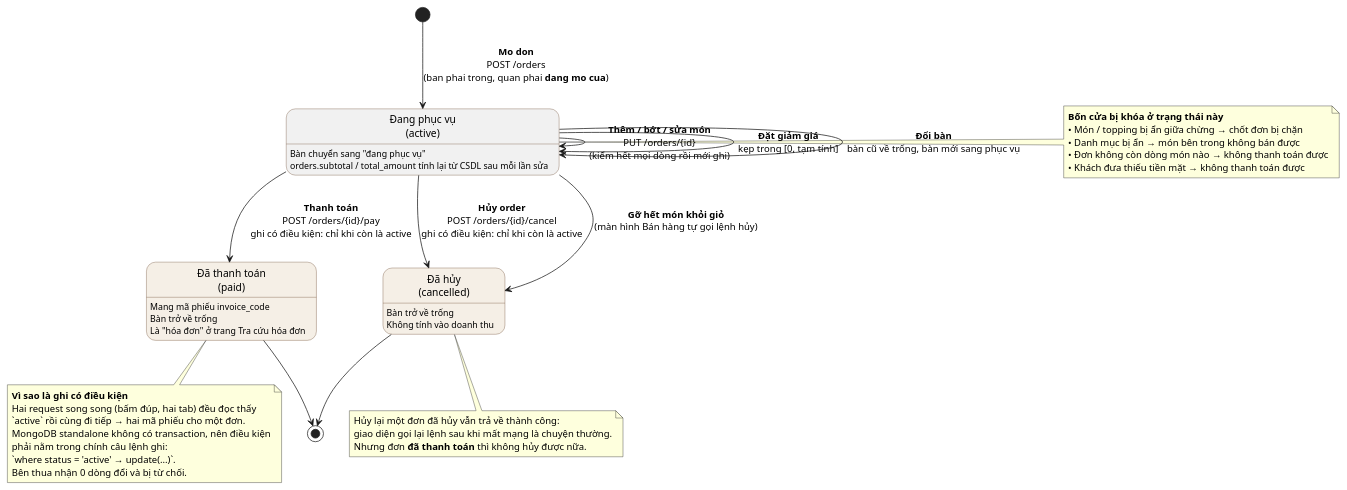
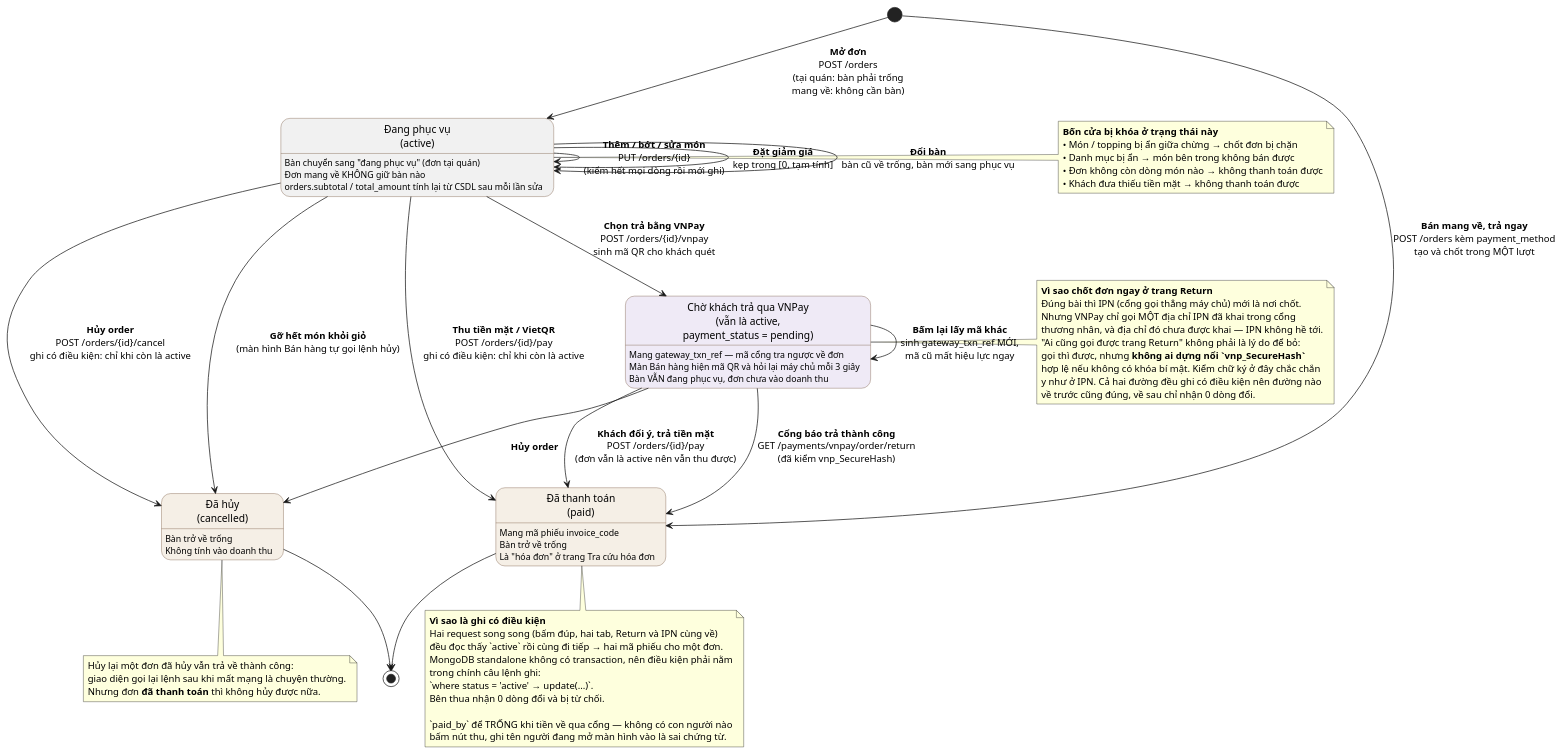
One commit to minhnhut-2501/funcaffe changed the diagram in doc/statechart-order.puml. Above: the diagram before and after it, drawn with PlantUML. The commit also changed 7 other files, not shown here.

First line of the commit message:
docs(so-do): them tac nhan Nhan vien, nhanh mang ve va cho VNPay

```diff
--- a/doc/statechart-order.puml
+++ b/doc/statechart-order.puml
@@ -1,73 +1,105 @@
 @startuml FunCafe-Statechart-Order
 ' So do TRANG THAI cua mot don hang tai quay (viec 4.6.1).
 ' draw.io -> + (Insert) -> Advanced -> PlantUML... dan tron khoi nay.
 '
-' NGUON: App\Http\Controllers\OrderController (store / update / pay / cancel) va
-' man hinh Ban hang src/app/user/sales/page.tsx. Moi mui ten o day deu co mot
-' duong di that trong ma nguon — khong ve trang thai nao chua duoc cai dat.
+' NGUON: App\Http\Controllers\OrderController (store / update / pay / cancel),
+' OrderPaymentController (taoLienKetVnpay), PaymentGatewayController
+' (vnpayOrderReturn / vnpayOrderIpn) va man hinh Ban hang src/app/user/sales/page.tsx.
+' Moi mui ten o day deu co mot duong di that trong ma nguon — khong ve trang thai
+' nao chua duoc cai dat.
 '
-' Ba trang thai luu trong CSDL: orders.status = active | paid | cancelled.
-' Khong co trang thai trung gian nao khac: don hoac dang phuc vu, hoac da chot
-' tien, hoac da huy. "Da thanh toan" va "da huy" deu la trang thai CUOI —
-' khong co duong nao di ra khoi chung.
+' Ba trang thai luu o orders.status: active | paid | cancelled.
+' "Cho VNPay" KHONG phai trang thai thu tu — don van la `active`, chi khac o
+' orders.payment_status = 'pending'. Ve tach ra vi hanh vi cua no khac han: man
+' hinh dang khoa cho tien ve, va tien co the ve MA KHONG AI bam nut nao.
 
 skinparam shadowing false
 skinparam state {
   BackgroundColor<<cuoi>> #F5EFE6
+  BackgroundColor<<cho>> #EFEAF6
   BorderColor #6F4E37
 }
 
-[*] --> DangPhucVu : **Mo don**\nPOST /orders\n(ban phai trong, quan phai **dang mo cua**)
+[*] --> DangPhucVu : **Mở đơn**\nPOST /orders\n(tại quán: bàn phải trống\nmang về: không cần bàn)
+[*] --> DaThanhToan : **Bán mang về, trả ngay**\nPOST /orders kèm payment_method\ntạo và chốt trong MỘT lượt
 
 state "Đang phục vụ\n(active)" as DangPhucVu {
-  DangPhucVu : Bàn chuyển sang "đang phục vụ"
+  DangPhucVu : Bàn chuyển sang "đang phục vụ" (đơn tại quán)
+  DangPhucVu : Đơn mang về KHÔNG giữ bàn nào
   DangPhucVu : orders.subtotal / total_amount tính lại từ CSDL sau mỗi lần sửa
+}
+
+state "Chờ khách trả qua VNPay\n(vẫn là active,\npayment_status = pending)" as ChoVnpay <<cho>> {
+  ChoVnpay : Mang gateway_txn_ref — mã cổng tra ngược về đơn
+  ChoVnpay : Màn Bán hàng hiện mã QR và hỏi lại máy chủ mỗi 3 giây
+  ChoVnpay : Bàn VẪN đang phục vụ, đơn chưa vào doanh thu
 }
 
 state "Đã thanh toán\n(paid)" as DaThanhToan <<cuoi>> {
   DaThanhToan : Mang mã phiếu invoice_code
   DaThanhToan : Bàn trở về trống
   DaThanhToan : Là "hóa đơn" ở trang Tra cứu hóa đơn
 }
 
 state "Đã hủy\n(cancelled)" as DaHuy <<cuoi>> {
   DaHuy : Bàn trở về trống
   DaHuy : Không tính vào doanh thu
 }
 
 DangPhucVu --> DangPhucVu : **Thêm / bớt / sửa món**\nPUT /orders/{id}\n(kiểm hết mọi dòng rồi mới ghi)
 DangPhucVu --> DangPhucVu : **Đặt giảm giá**\nkẹp trong [0, tạm tính]
 DangPhucVu --> DangPhucVu : **Đổi bàn**\nbàn cũ về trống, bàn mới sang phục vụ
 
-DangPhucVu --> DaThanhToan : **Thanh toán**\nPOST /orders/{id}/pay\nghi có điều kiện: chỉ khi còn là active
+DangPhucVu --> DaThanhToan : **Thu tiền mặt / VietQR**\nPOST /orders/{id}/pay\nghi có điều kiện: chỉ khi còn là active
 DangPhucVu --> DaHuy : **Hủy order**\nPOST /orders/{id}/cancel\nghi có điều kiện: chỉ khi còn là active
 DangPhucVu --> DaHuy : **Gỡ hết món khỏi giỏ**\n(màn hình Bán hàng tự gọi lệnh hủy)
+
+DangPhucVu --> ChoVnpay : **Chọn trả bằng VNPay**\nPOST /orders/{id}/vnpay\nsinh mã QR cho khách quét
+ChoVnpay --> ChoVnpay : **Bấm lại lấy mã khác**\nsinh gateway_txn_ref MỚI,\nmã cũ mất hiệu lực ngay
+ChoVnpay --> DaThanhToan : **Cổng báo trả thành công**\nGET /payments/vnpay/order/return\n(đã kiểm vnp_SecureHash)
+ChoVnpay --> DaThanhToan : **Khách đổi ý, trả tiền mặt**\nPOST /orders/{id}/pay\n(đơn vẫn là active nên vẫn thu được)
+ChoVnpay --> DaHuy : **Hủy order**
 
 DaThanhToan --> [*]
 DaHuy --> [*]
 
 note right of DangPhucVu
   **Bốn cửa bị khóa ở trạng thái này**
   • Món / topping bị ẩn giữa chừng → chốt đơn bị chặn
   • Danh mục bị ẩn → món bên trong không bán được
   • Đơn không còn dòng món nào → không thanh toán được
   • Khách đưa thiếu tiền mặt → không thanh toán được
 end note
 
+note right of ChoVnpay
+  **Vì sao chốt đơn ngay ở trang Return**
+  Đúng bài thì IPN (cổng gọi thẳng máy chủ) mới là nơi chốt.
+  Nhưng VNPay chỉ gọi MỘT địa chỉ IPN đã khai trong cổng
+  thương nhân, và địa chỉ đó chưa được khai — IPN không hề tới.
+  "Ai cũng gọi được trang Return" không phải là lý do để bỏ:
+  gọi thì được, nhưng **không ai dựng nổi `vnp_SecureHash`**
+  hợp lệ nếu không có khóa bí mật. Kiểm chữ ký ở đây chắc chắn
+  y như ở IPN. Cả hai đường đều ghi có điều kiện nên đường nào
+  về trước cũng đúng, về sau chỉ nhận 0 dòng đổi.
+end note
+
 note bottom of DaThanhToan
   **Vì sao là ghi có điều kiện**
-  Hai request song song (bấm đúp, hai tab) đều đọc thấy
-  `active` rồi cùng đi tiếp → hai mã phiếu cho một đơn.
-  MongoDB standalone không có transaction, nên điều kiện
-  phải nằm trong chính câu lệnh ghi:
+  Hai request song song (bấm đúp, hai tab, Return và IPN cùng về)
+  đều đọc thấy `active` rồi cùng đi tiếp → hai mã phiếu cho một đơn.
+  MongoDB standalone không có transaction, nên điều kiện phải nằm
+  trong chính câu lệnh ghi:
   `where status = 'active' → update(...)`.
   Bên thua nhận 0 dòng đổi và bị từ chối.
+
+  `paid_by` để TRỐNG khi tiền về qua cổng — không có con người nào
+  bấm nút thu, ghi tên người đang mở màn hình vào là sai chứng từ.
 end note
 
 note bottom of DaHuy
   Hủy lại một đơn đã hủy vẫn trả về thành công:
   giao diện gọi lại lệnh sau khi mất mạng là chuyện thường.
   Nhưng đơn **đã thanh toán** thì không hủy được nữa.
 end note
 
 @enduml
```
